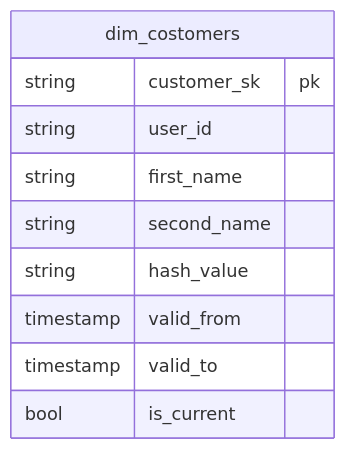
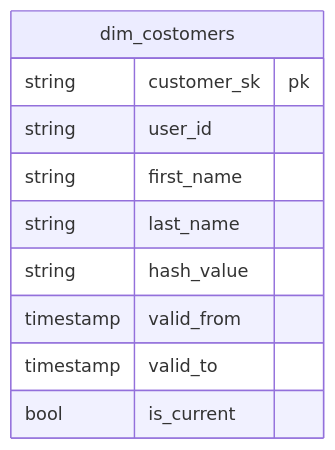
One commit to cafenoctua/zenn-blogs changed the diagram in articles/2310adbe539545.md. Above: the diagram before and after it, drawn with Mermaid. The commit also changed other lines of this file and 6 other files, not shown here.

````diff
--- a/articles/2310adbe539545.md
+++ b/articles/2310adbe539545.md
@@ -31,13 +33,13 @@
 ```mermaid
 erDiagram
     dim_costomers {
         string customer_sk pk
         string user_id
         string first_name
-        string second_name
+        string last_name
         string hash_value
         timestamp valid_from
         timestamp valid_to
         bool is_current
     }
 ```
````
